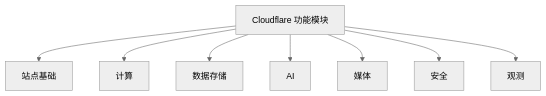
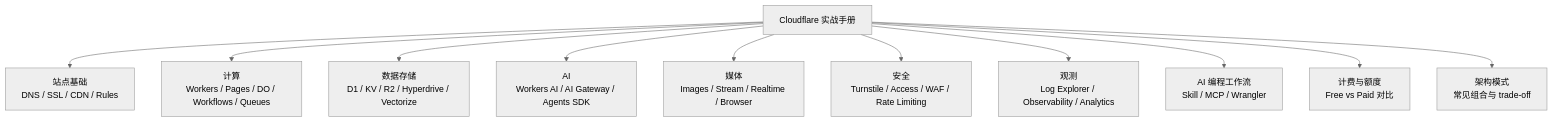
One commit to realchendahuang/cloudflare-playbook changed the first of 12 diagrams in README.md. Above: the diagram before and after it, drawn with Mermaid (neutral theme). The commit also changed other lines of this file and 4 other files, not shown here.

Commit message:
refactor: 标题改为 Cloudflare 实战手册，合并计费章节，新增架构模式与 AI 编程实操，加决策树，文案优化

````diff
--- a/README.md
+++ b/README.md
@@ -9,10 +9,13 @@
 ```mermaid
 flowchart TD
-  A[Cloudflare 功能模块] --> B[站点基础]
-  A --> C[计算]
-  A --> D[数据存储]
-  A --> E[AI]
-  A --> F[媒体]
-  A --> G[安全]
-  A --> H[观测]
+  A[Cloudflare 实战手册] --> B[站点基础<br/>DNS / SSL / CDN / Rules]
+  A --> C[计算<br/>Workers / Pages / DO / Workflows / Queues]
+  A --> D[数据存储<br/>D1 / KV / R2 / Hyperdrive / Vectorize]
+  A --> E[AI<br/>Workers AI / AI Gateway / Agents SDK]
+  A --> F[媒体<br/>Images / Stream / Realtime / Browser]
+  A --> G[安全<br/>Turnstile / Access / WAF / Rate Limiting]
+  A --> H[观测<br/>Log Explorer / Observability / Analytics]
+  A --> I[AI 编程工作流<br/>Skill / MCP / Wrangler]
+  A --> J[计费与额度<br/>Free vs Paid 对比]
+  A --> K[架构模式<br/>常见组合与 trade-off]
 ```
````
